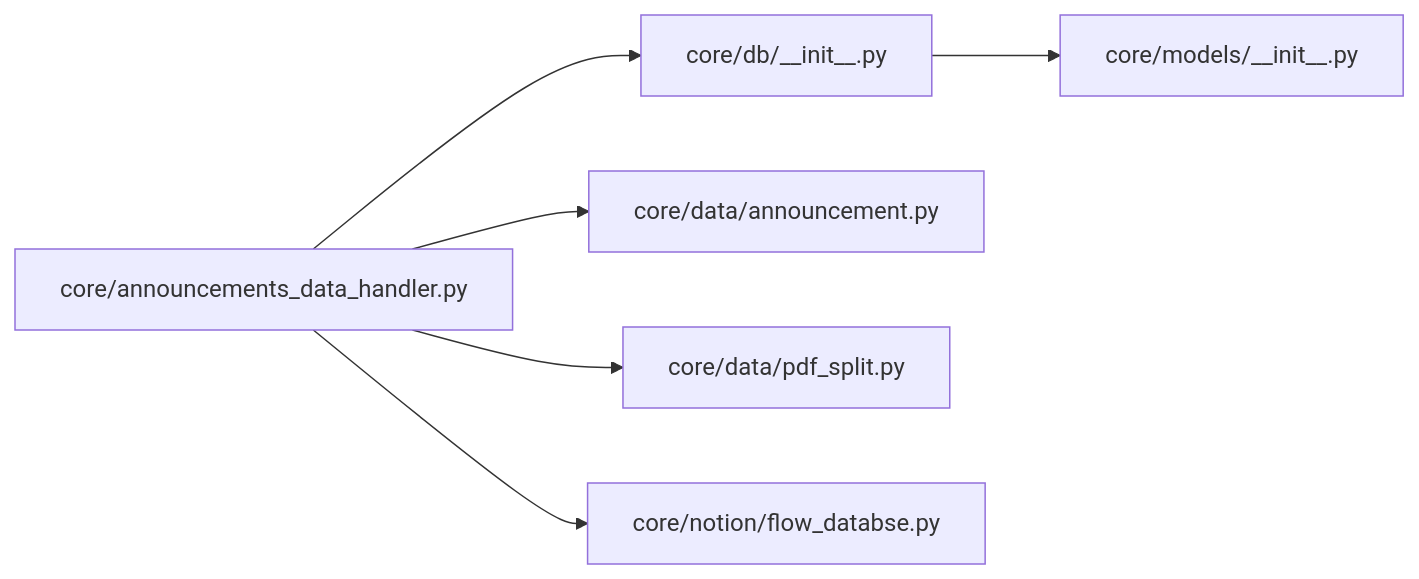
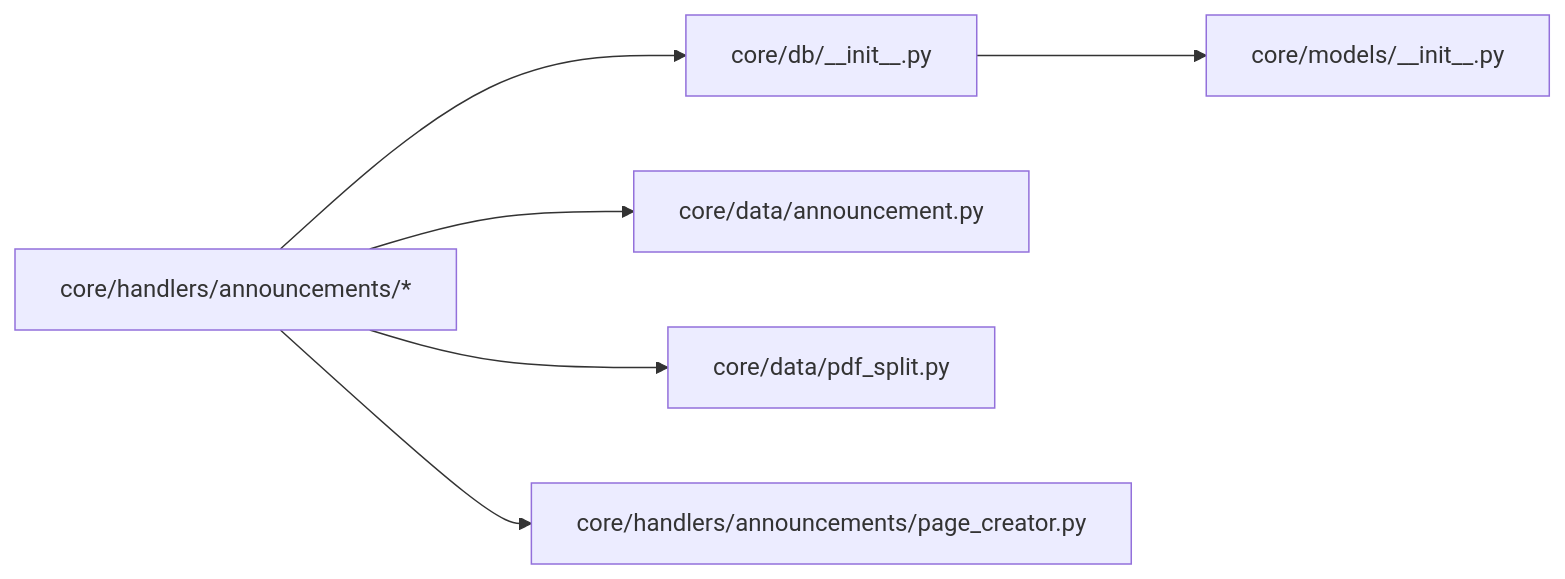
One commit to iverwong/DataLife changed the sixth of 8 diagrams in .qoder/repowiki/zh/content/核心模块详解/数据库管理模块.md. Above: the diagram before and after it, drawn with Mermaid. The commit also changed other lines of this file and 14 other files, not shown here.

````diff
--- a/.qoder/repowiki/zh/content/核心模块详解/数据库管理模块.md
+++ b/.qoder/repowiki/zh/content/核心模块详解/数据库管理模块.md
@@ -280,8 +305,8 @@
 ```mermaid
 graph LR
 DB["core/db/__init__.py"] --> Model["core/models/__init__.py"]
-Handler["core/announcements_data_handler.py"] --> DB
+Handler["core/handlers/announcements/*"] --> DB
 Handler --> AnnAPI["core/data/announcement.py"]
 Handler --> Split["core/data/pdf_split.py"]
-Handler --> Notion["core/notion/flow_databse.py"]
+Handler --> Notion["core/handlers/announcements/page_creator.py"]
 ```
````
